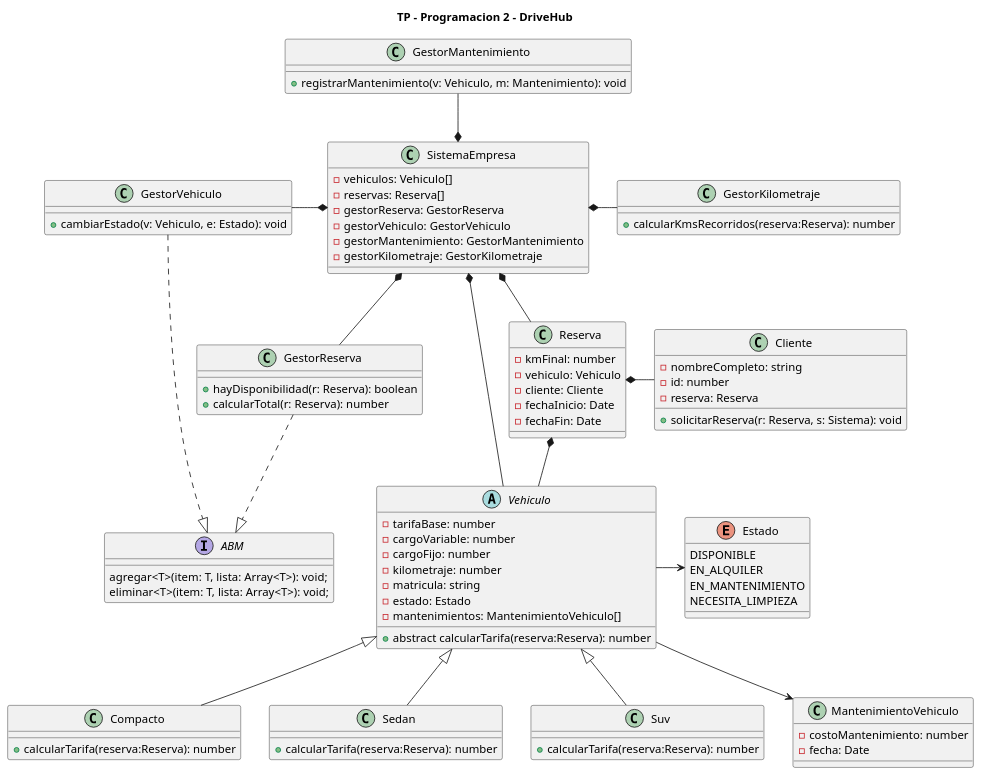
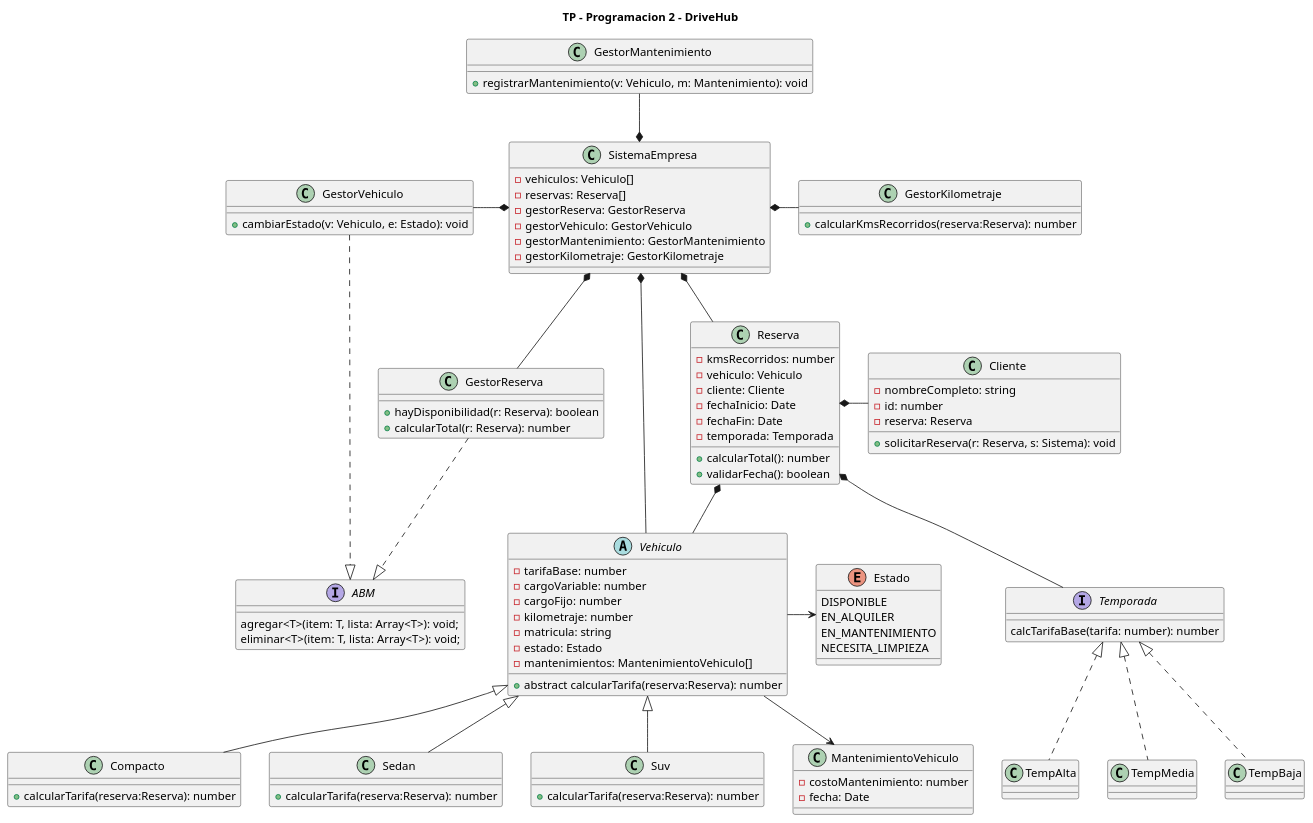
One commit to LauEroles/TP-Progra2-DriveHub changed the diagram in Diagramas/diagramaClases-DriveHub.puml. Above: the diagram before and after it, drawn with PlantUML.

Commit message:
update diagrama

```diff
--- a/Diagramas/diagramaClases-DriveHub.puml
+++ b/Diagramas/diagramaClases-DriveHub.puml
@@ -1,141 +1,153 @@
 @startuml DriveHub
 
 title TP - Programacion 2 - DriveHub
 
 
 class SistemaEmpresa {
     - vehiculos: Vehiculo[]
     - reservas: Reserva[]
     - gestorReserva: GestorReserva
     - gestorVehiculo: GestorVehiculo
     - gestorMantenimiento: GestorMantenimiento
     - gestorKilometraje: GestorKilometraje
 }
 
 class Reserva {
-    - kmFinal: number
+    - kmsRecorridos: number
     - vehiculo: Vehiculo
     - cliente: Cliente
     - fechaInicio: Date
     - fechaFin: Date
+    - temporada: Temporada
+    + calcularTotal(): number
+    + validarFecha(): boolean
 }
 
 class Cliente {
     - nombreCompleto: string
     - id: number
     'El cliente puede instanciarse sin reserva por parametro, 
     'podemos setearla luego cuando se le asigna la reserva
     - reserva: Reserva
     + solicitarReserva(r: Reserva, s: Sistema): void  
 }
 
 'Herencia Vehiculo a sus clases hijas
 abstract class Vehiculo {
     - tarifaBase: number
     'Podria haber una clase cargo que nos permita manejar de manera
     'abstracta los cargos y luego en vehiculo tener una lista de cargos
     'que pueden ser variables o fijos y el dia de mañana 
     'para flexibilizar mas la solucion si se agregan nuevos vehiculos??
     - cargoVariable: number
     - cargoFijo: number
     - kilometraje: number
     - matricula: string
     - estado: Estado
     - mantenimientos: MantenimientoVehiculo[]
     + abstract calcularTarifa(reserva:Reserva): number
 }
 
 class Compacto {
     + calcularTarifa(reserva:Reserva): number
 }
 
 class Sedan {
     + calcularTarifa(reserva:Reserva): number
 }
 
 class Suv {
     + calcularTarifa(reserva:Reserva): number
 }
 
 'Atributo de vehiculo
 enum Estado {
     DISPONIBLE
     EN_ALQUILER
     EN_MANTENIMIENTO
     NECESITA_LIMPIEZA
 }
 
 'Atributo del vehiculo
 class MantenimientoVehiculo {
     - costoMantenimiento: number
     - fecha: Date
 }
 
-
 class GestorVehiculo {
     + cambiarEstado(v: Vehiculo, e: Estado): void  
     ' Le cambia el Estado (enum) a un vehiculo (a traves de su setter)
 }
-
 
 class GestorReserva {
     + hayDisponibilidad(r: Reserva): boolean  
     ' Valida la disponibilidad del vehículo para las fechas solicitadas
     + calcularTotal(r: Reserva): number  
     ' Podriamos calcular el total usando calcularCostoVariable() del vehiculo y sumar la tarifa base 
     ' (y costo fijo) aca, para que el vehiculo solo calcule su costo variable y no el total de la reserva
 }
 
-
 class GestorKilometraje {
     + calcularKmsRecorridos(reserva:Reserva): number  
     ' Calcula los kms recorridos en una reserva (kmFinal - kmInicial)
     ' Esto lo sacaría tal vez y haría que Reserva tenga un método kmsRecorridos() que los calcule
     ' ya que ella misma posee kmInicial y kmFinal (seteado despues), y que calcularTotal() en GestionReserva llame a ese método
 }
-
 
 class GestorMantenimiento {
     + registrarMantenimiento(v: Vehiculo, m: Mantenimiento): void  
     ' Si mas adelante nos solicita podemos ver si el auto requiere o no mantenimiento
     ' Le agrega un mantenimiento a un vehiculo
     ' Vehiculo podría tener un array de mantenimentos (tipo Mantenimiento) para tener registrados todos los que se le hacen
     ' Objeto mantenimento tiene fecha y costo (simil estructura de datos)
 }
 
 interface ABM {
     agregar<T>(item: T, lista: Array<T>): void;
     eliminar<T>(item: T, lista: Array<T>): void;
 }
 
+interface Temporada {
+    calcTarifaBase(tarifa: number): number
+}
 
+class TempAlta {
+}
+
+class TempMedia {
+}
+
+class TempBaja {  
+}
 
 'Relaciones:
 
 'Herencia
 Vehiculo <|-- Sedan
 Vehiculo <|-- Suv
 Vehiculo <|-- Compacto
 
 'Atributos de vehiculo
 Vehiculo --> MantenimientoVehiculo
 Vehiculo -r-> Estado
 
 'Composición
 Reserva *-r- Cliente
 Reserva *-- Vehiculo
+Reserva *-- Temporada
 SistemaEmpresa *-- Vehiculo
 SistemaEmpresa *-- Reserva
-
 SistemaEmpresa *-- GestorReserva
 SistemaEmpresa *-r- GestorKilometraje
 SistemaEmpresa *-u- GestorMantenimiento
 SistemaEmpresa *-l- GestorVehiculo
 
-
 'Implementacion interfaces:
 ABM <|.u. GestorReserva
 ABM <|.u. GestorVehiculo
+Temporada <|.. TempAlta
+Temporada <|.. TempMedia
+Temporada <|.. TempBaja
 
 
 @enduml
```
